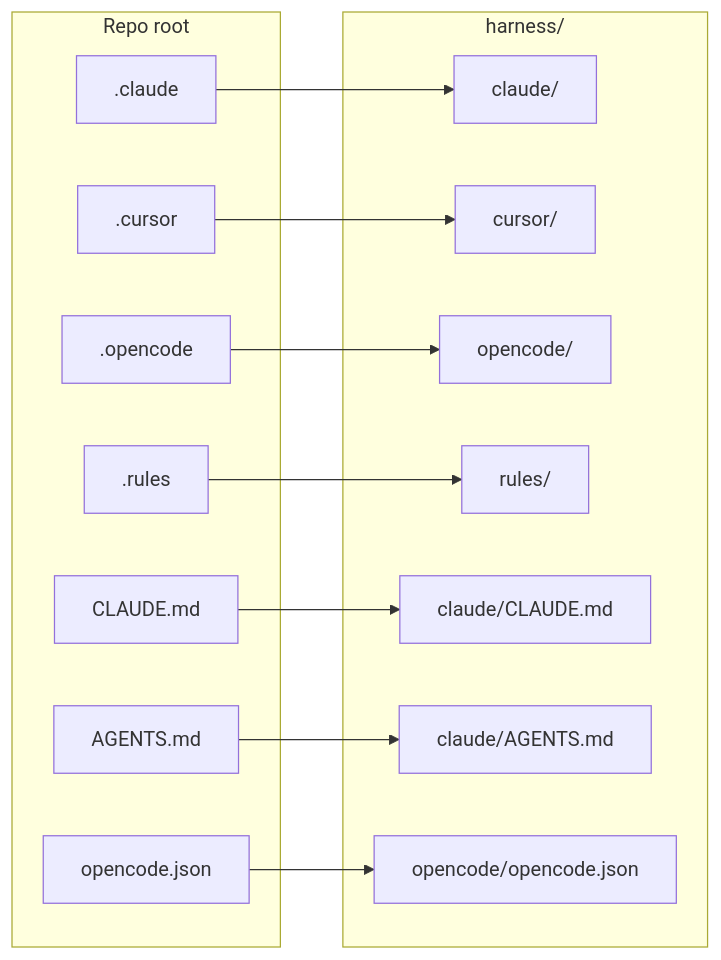
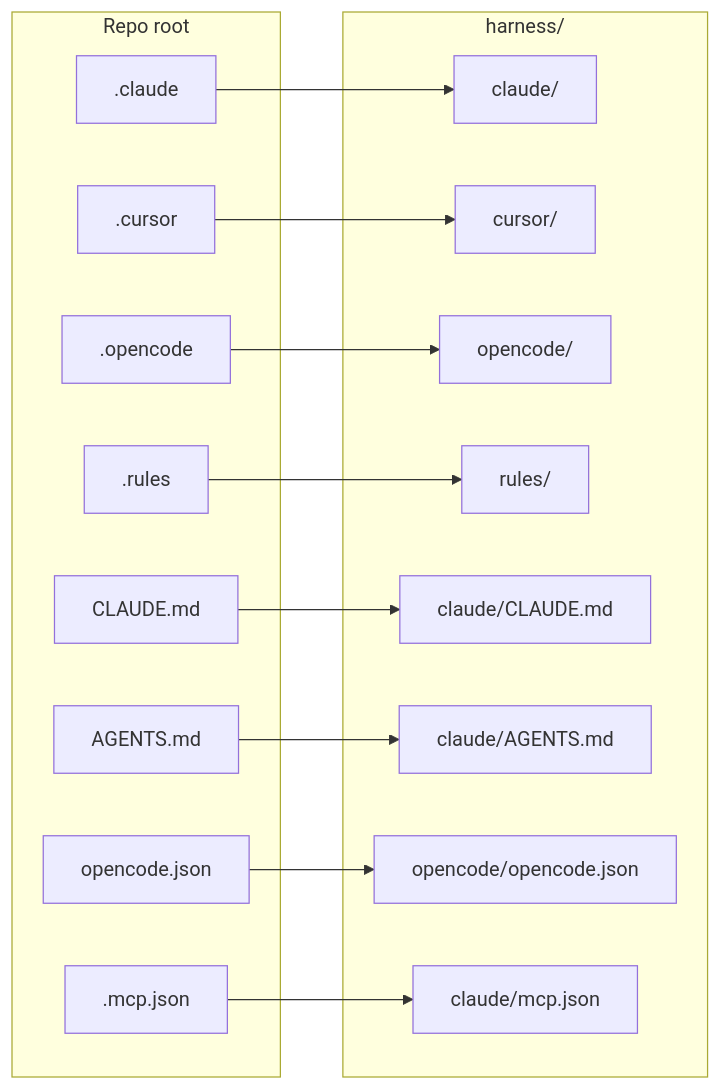
The first of 5 diagrams in harness/README.md (eshaank/finance-dashboard), drawn with Mermaid before and after one commit. The commit also changed other lines of this file and 9 other files, not shown here.

````diff
--- a/harness/README.md
+++ b/harness/README.md
@@ -25,30 +25,33 @@
 ```mermaid
 flowchart LR
   subgraph repo_root["Repo root"]
     L_claude[".claude"]
     L_cursor[".cursor"]
     L_opencode[".opencode"]
     L_rules[".rules"]
     L_claude_md["CLAUDE.md"]
     L_agents["AGENTS.md"]
     L_opencode_json["opencode.json"]
+    L_mcp[".mcp.json"]
   end
 
   subgraph harness["harness/"]
     H_claude["claude/"]
     H_cursor["cursor/"]
     H_opencode["opencode/"]
     H_rules["rules/"]
     H_claude_md["claude/CLAUDE.md"]
     H_agents["claude/AGENTS.md"]
     H_opencode_json["opencode/opencode.json"]
+    H_mcp["claude/mcp.json"]
   end
 
   L_claude --> H_claude
   L_cursor --> H_cursor
   L_opencode --> H_opencode
   L_rules --> H_rules
   L_claude_md --> H_claude_md
   L_agents --> H_agents
   L_opencode_json --> H_opencode_json
+  L_mcp --> H_mcp
 ```
````
